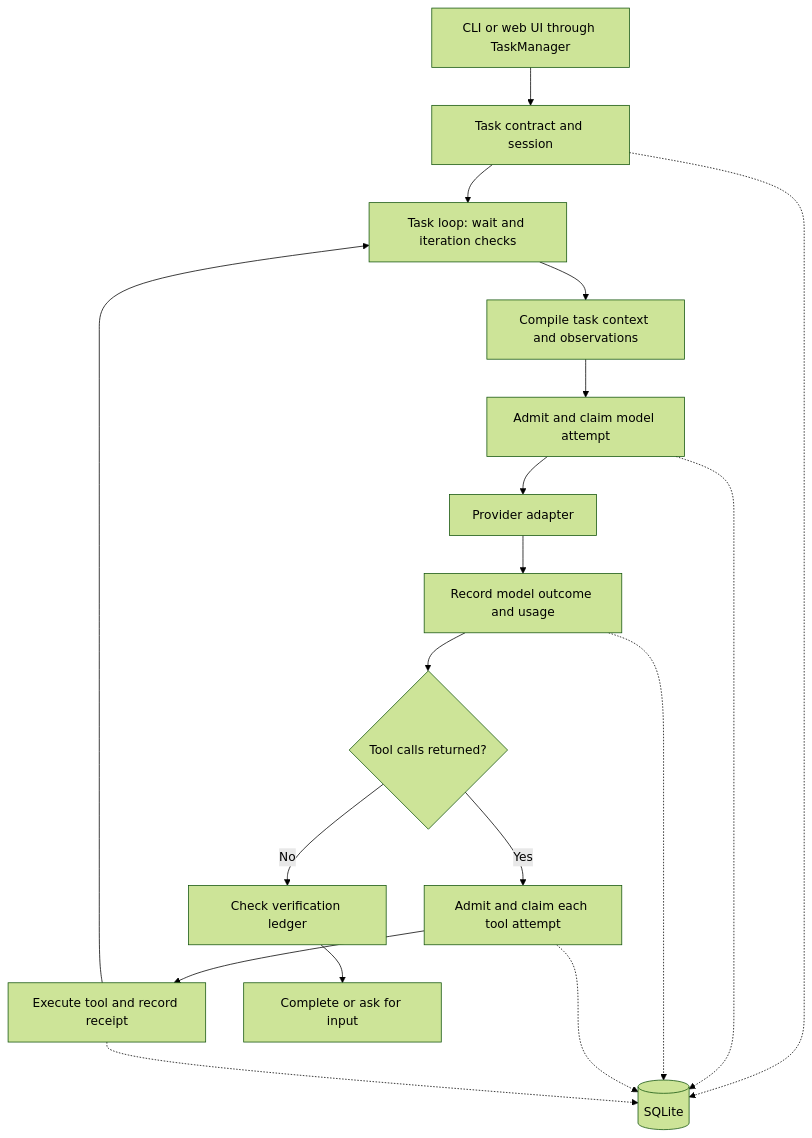
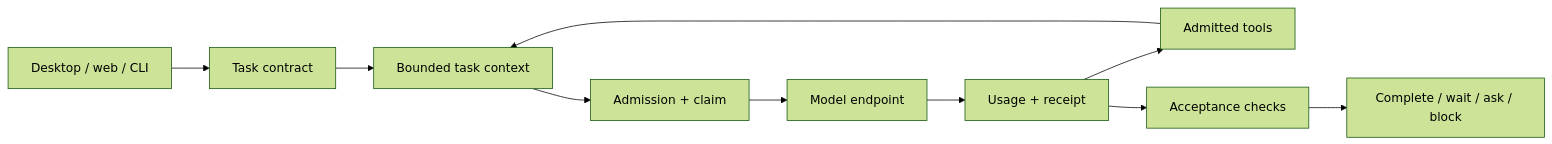
Before and after one commit to Elliot509/LatticeHarness-Candidate: the diagram in README.md, drawn with Mermaid (forest theme). The commit also changed other lines of this file and 90 other files, not shown here.

Commit message:
Deliver reliable task execution and verified desktop workflow

````diff
--- a/README.md
+++ b/README.md
@@ -61,20 +113,12 @@
 ```mermaid
-flowchart TD
-    Entry[CLI or web UI through TaskManager] --> Task[Task contract and session]
-    Task --> Loop[Task loop: wait and iteration checks]
-    Loop --> Context[Compile task context and observations]
-    Context --> ModelGate[Admit and claim model attempt]
-    ModelGate --> Model[Provider adapter]
-    Model --> Result[Record model outcome and usage]
-    Result --> Choice{Tool calls returned?}
-    Choice -->|Yes| ToolGate[Admit and claim each tool attempt]
-    ToolGate --> Tool[Execute tool and record receipt]
-    Tool --> Loop
-    Choice -->|No| Verify[Check verification ledger]
-    Verify --> Outcome[Complete or ask for input]
-    Task -.-> DB[(SQLite)]
-    ModelGate -.-> DB
-    Result -.-> DB
-    ToolGate -.-> DB
-    Tool -.-> DB
+flowchart LR
+  UI[Desktop / web / CLI] --> Contract[Task contract]
+  Contract --> Context[Bounded task context]
+  Context --> Admission[Admission + claim]
+  Admission --> Model[Model endpoint]
+  Model --> Receipt[Usage + receipt]
+  Receipt --> Tools[Admitted tools]
+  Tools --> Context
+  Receipt --> Acceptance[Acceptance checks]
+  Acceptance --> Result[Complete / wait / ask / block]
 ```
````
